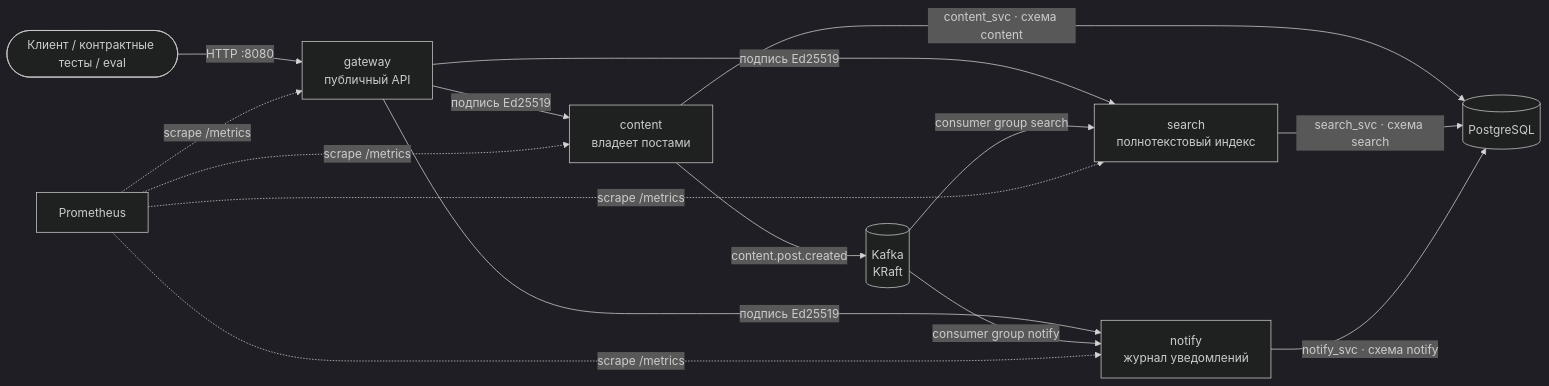
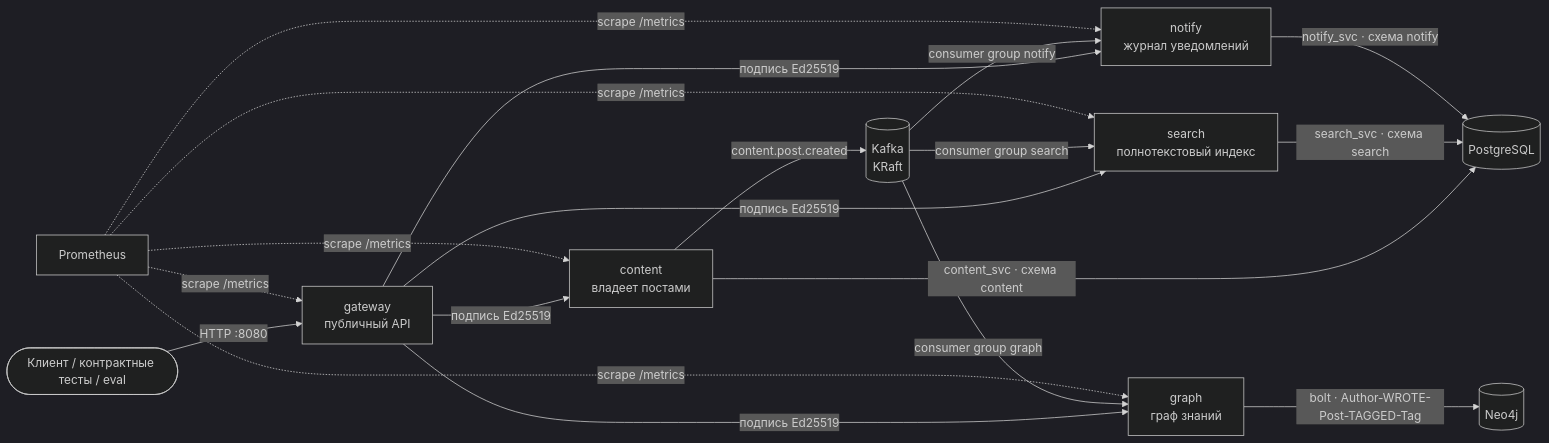
The fourth of 5 diagrams in docs/ru/04-architecture.md (armdev/harness-template), drawn with Mermaid (dark theme) before and after one commit. The commit also changed other lines of this file and 31 other files, not shown here.

First line of the commit message:
graph service: knowledge graph on Neo4j (harness 0.5.1)

````diff
--- a/docs/ru/04-architecture.md
+++ b/docs/ru/04-architecture.md
@@ -92,14 +92,17 @@
 ```mermaid
 flowchart LR
     client(["Клиент / контрактные тесты / eval"]) -->|"HTTP :8080"| gw["gateway<br/>публичный API"]
     gw -->|"подпись Ed25519"| content["content<br/>владеет постами"]
     gw -->|"подпись Ed25519"| search["search<br/>полнотекстовый индекс"]
     gw -->|"подпись Ed25519"| notify["notify<br/>журнал уведомлений"]
+    gw -->|"подпись Ed25519"| kg["graph<br/>граф знаний"]
     content -->|content.post.created| kafka[("Kafka<br/>KRaft")]
     kafka -->|"consumer group search"| search
     kafka -->|"consumer group notify"| notify
+    kafka -->|"consumer group graph"| kg
     content -->|"content_svc · схема content"| pg[(PostgreSQL)]
     search -->|"search_svc · схема search"| pg
     notify -->|"notify_svc · схема notify"| pg
-    prom[Prometheus] -.->|"scrape /metrics"| gw & content & search & notify
+    kg -->|"bolt · Author-WROTE-Post-TAGGED-Tag"| neo[(Neo4j)]
+    prom[Prometheus] -.->|"scrape /metrics"| gw & content & search & notify & kg
 ```
````
